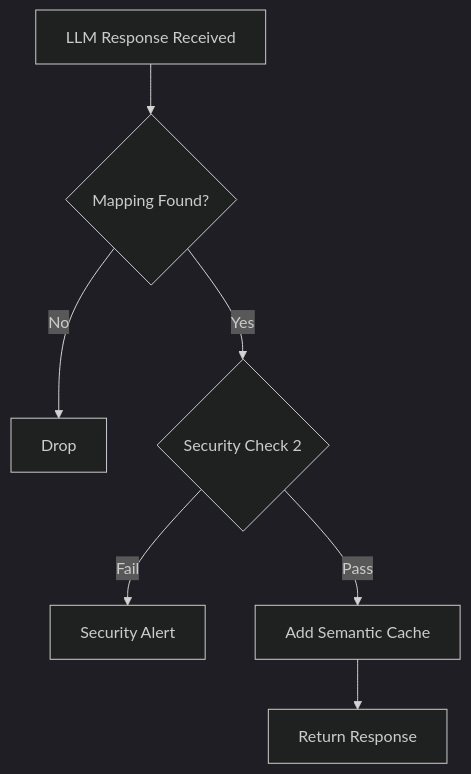
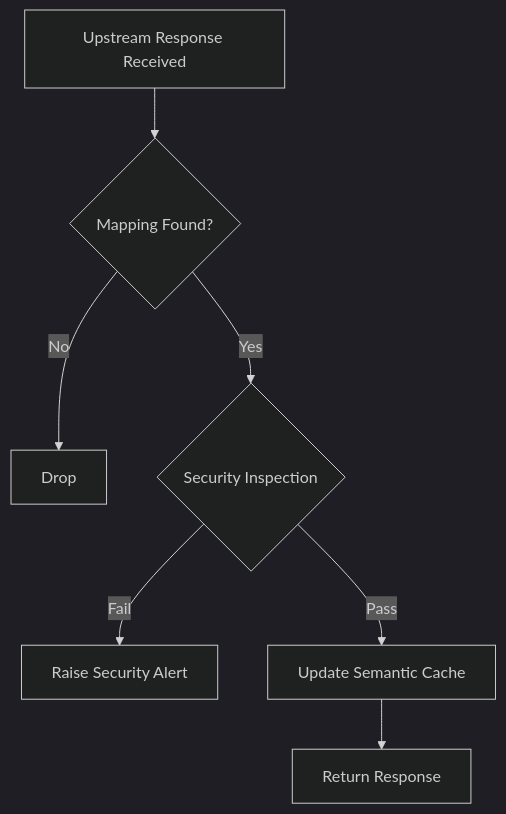
Before and after one commit to puyanguvic/semenatic_routing_and_load_balance: the second of 4 diagrams in ase_llm_load_balancer.md, drawn with Mermaid (dark theme). The commit also changed other lines of this file, not shown here.

````diff
--- a/ase_llm_load_balancer.md
+++ b/ase_llm_load_balancer.md
@@ -79,12 +68,12 @@
 ```mermaid
 flowchart TD
-    A[LLM Response Received] --> B{Mapping Found?}
+    A[Upstream Response Received] --> B{Mapping Found?}
 
     B -- No --> DROP[Drop]
 
-    B -- Yes --> C{Security Check 2}
-    C -- Fail --> ALERT[Security Alert]
+    B -- Yes --> C{Security Inspection}
+    C -- Fail --> ALERT[Raise Security Alert]
 
-    C -- Pass --> D[Add Semantic Cache]
+    C -- Pass --> D[Update Semantic Cache]
     D --> F[Return Response]
 ```
````
